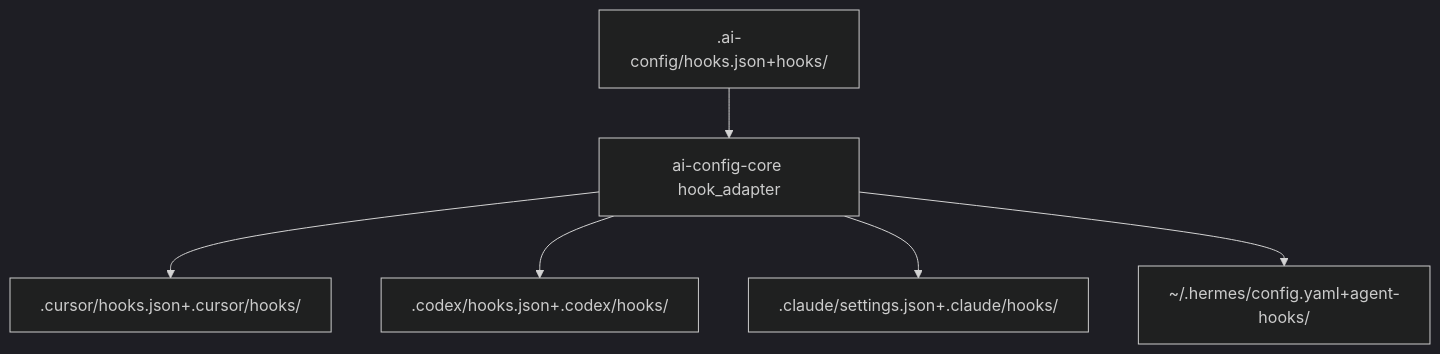
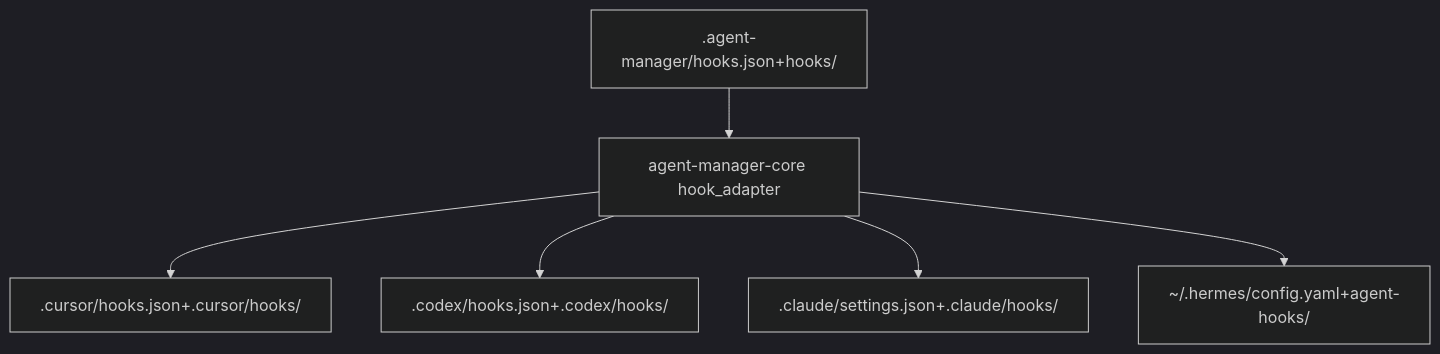
One commit to izhaong/ai-config changed the diagram in .cursor/plans/hooks-compat-and-bundles_f7e577f5.plan.md. Above: the diagram before and after it, drawn with Mermaid (dark theme). The commit also changed other lines of this file and 189 other files, not shown here.

First line of the commit message:
refactor: 重命名 ai-config 为 agent-manager，更新相关文件和路径

````diff
--- a/.cursor/plans/hooks-compat-and-bundles_f7e577f5.plan.md
+++ b/.cursor/plans/hooks-compat-and-bundles_f7e577f5.plan.md
@@ -111,8 +111,8 @@
 ```mermaid
 flowchart TD
-  sourceAiConfig[.ai-config/hooks.json+hooks/] --> adapter[ai-config-core hook_adapter]
+  sourceAiConfig[.agent-manager/hooks.json+hooks/] --> adapter[agent-manager-core hook_adapter]
   adapter --> cursorCfg[.cursor/hooks.json+.cursor/hooks/]
   adapter --> codexCfg[.codex/hooks.json+.codex/hooks/]
   adapter --> claudeCfg[.claude/settings.json+.claude/hooks/]
   adapter --> hermesCfg[~/.hermes/config.yaml+agent-hooks/]
 ```
````
